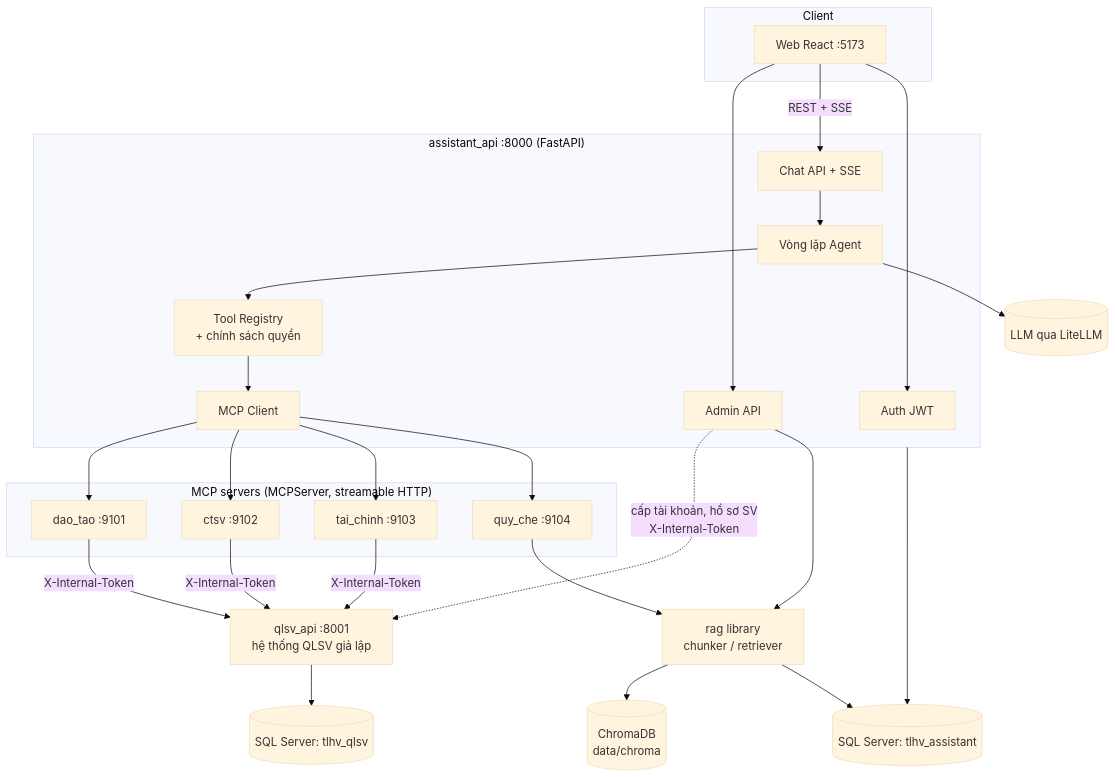
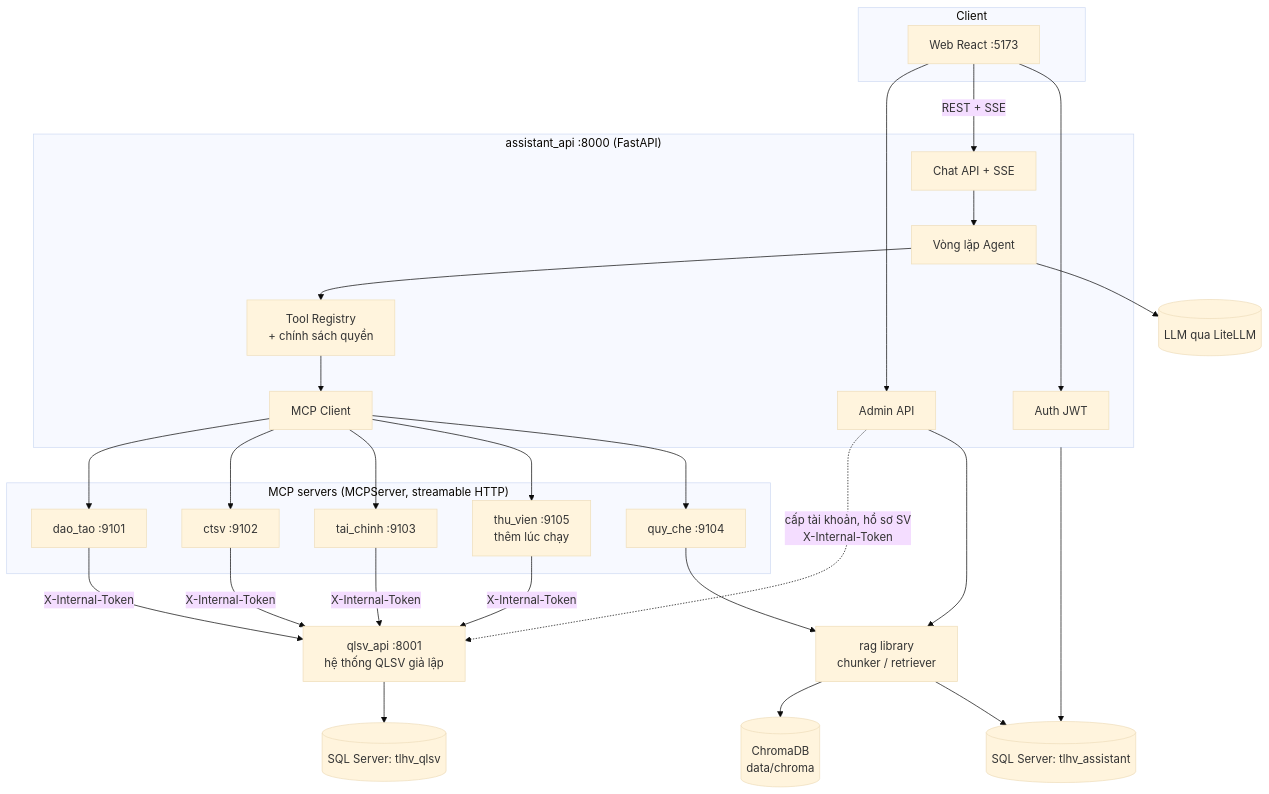
One commit to vuduytien2005/tro_ly_hoc_vu changed the first of 4 diagrams in docs/02-kien-truc.md. Above: the diagram before and after it, drawn with Mermaid (base theme). The commit also changed other lines of this file and 9 other files, not shown here.

````diff
--- a/docs/02-kien-truc.md
+++ b/docs/02-kien-truc.md
@@ -5,43 +5,44 @@
 ```mermaid
 flowchart TB
     subgraph Client
         WEB[Web React :5173]
     end
     subgraph Assistant["assistant_api :8000 (FastAPI)"]
         AUTH[Auth JWT]
         CHAT[Chat API + SSE]
         AGENT[Vòng lặp Agent]
         REG[Tool Registry<br/>+ chính sách quyền]
         MCPC[MCP Client]
         ADMIN[Admin API]
     end
     subgraph MCP["MCP servers (MCPServer, streamable HTTP)"]
         DT[dao_tao :9101]
         CT[ctsv :9102]
         TC[tai_chinh :9103]
         QC[quy_che :9104]
+        TV[thu_vien :9105<br/>thêm lúc chạy]
     end
     QLSV[qlsv_api :8001<br/>hệ thống QLSV giả lập]
     RAG[rag library<br/>chunker / retriever]
     LLM[(LLM qua LiteLLM)]
     DBA[(SQL Server: tlhv_assistant)]
     DBQ[(SQL Server: tlhv_qlsv)]
     CHROMA[(ChromaDB<br/>data/chroma)]
 
     WEB -->|REST + SSE| CHAT
     WEB --> AUTH
     WEB --> ADMIN
     CHAT --> AGENT
     AGENT --> LLM
     AGENT --> REG
     REG --> MCPC
-    MCPC --> DT & CT & TC & QC
-    DT & CT & TC -->|X-Internal-Token| QLSV
+    MCPC --> DT & CT & TC & QC & TV
+    DT & CT & TC & TV -->|X-Internal-Token| QLSV
     QLSV --> DBQ
     QC --> RAG
     RAG --> CHROMA
     RAG --> DBA
     ADMIN --> RAG
     ADMIN -.->|cấp tài khoản, hồ sơ SV<br/>X-Internal-Token| QLSV
     Assistant --> DBA
 ```
````
